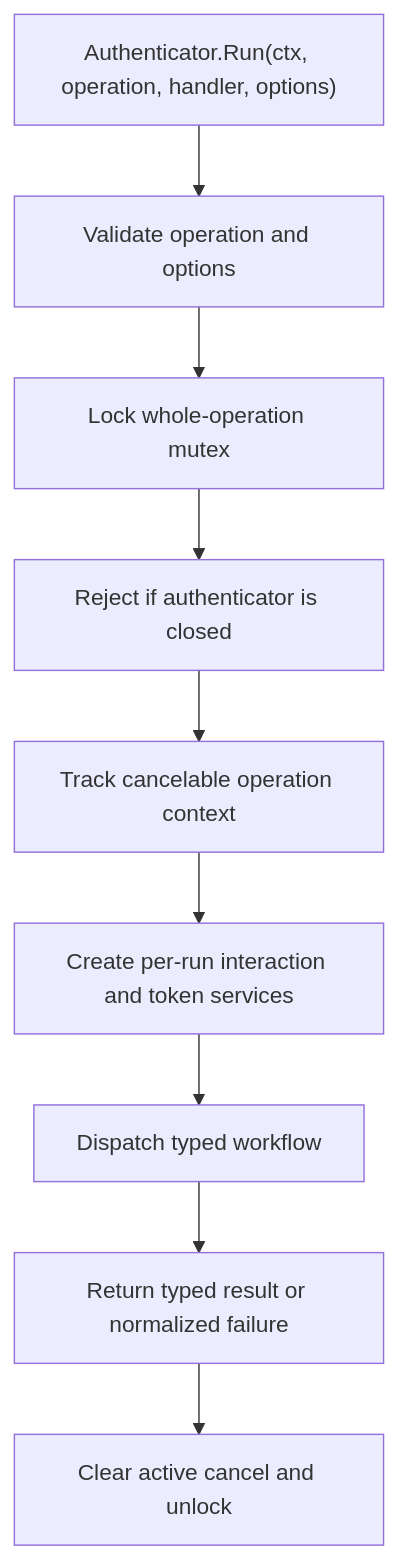
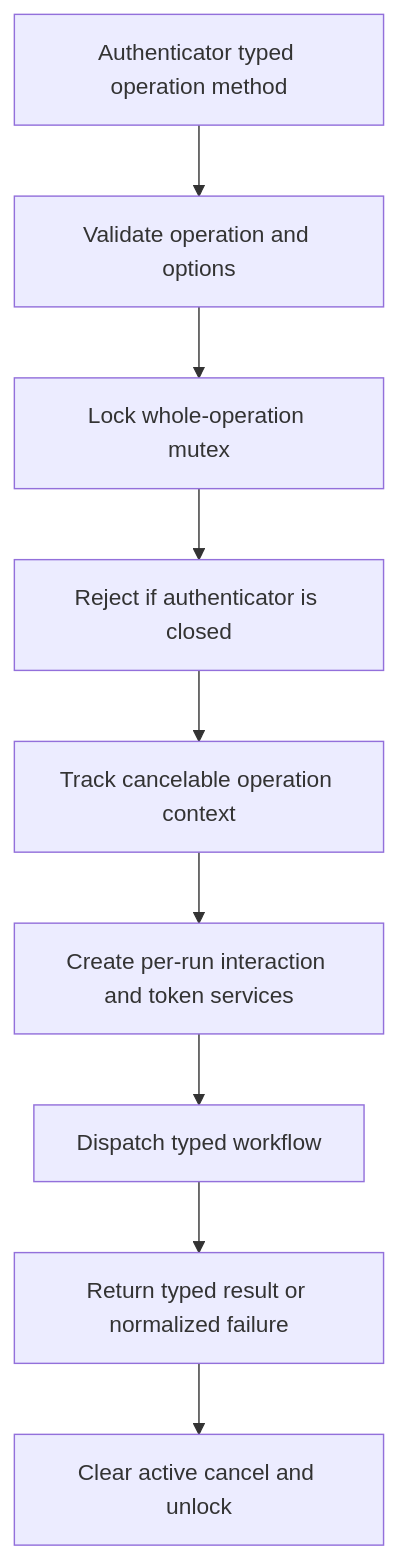
The second of 4 diagrams in docs/current-runtime-flows.md (go-ctap/kit), drawn with Mermaid before and after one commit. The commit also changed other lines of this file and 51 other files, not shown here.

Commit message:
refactor: simplify CTAP runtime architecture

````diff
--- a/docs/current-runtime-flows.md
+++ b/docs/current-runtime-flows.md
@@ -57,11 +57,11 @@
 ```mermaid
 flowchart TD
-  A["Authenticator.Run(ctx, operation, handler, options)"] --> B["Validate operation and options"]
+  A["Authenticator typed operation method"] --> B["Validate operation and options"]
   B --> C["Lock whole-operation mutex"]
   C --> D["Reject if authenticator is closed"]
   D --> E["Track cancelable operation context"]
   E --> F["Create per-run interaction and token services"]
   F --> G["Dispatch typed workflow"]
   G --> H["Return typed result or normalized failure"]
   H --> I["Clear active cancel and unlock"]
 ```
````
